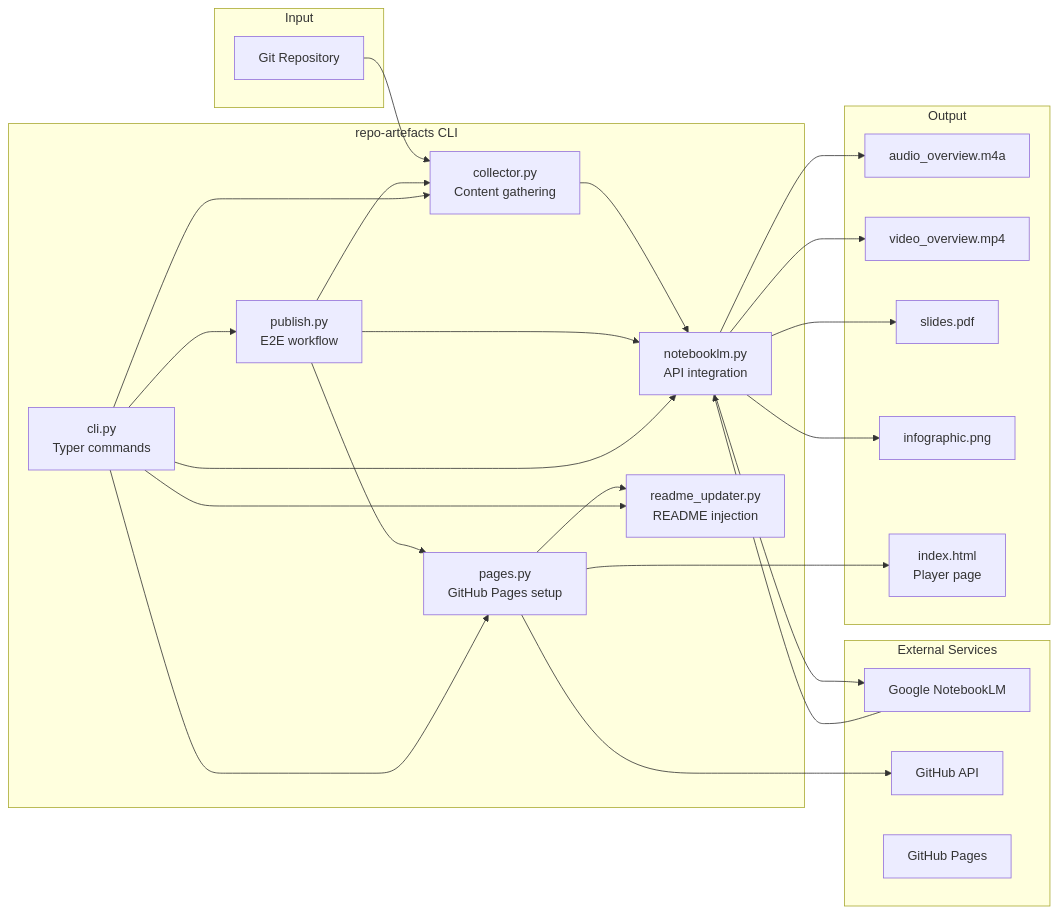
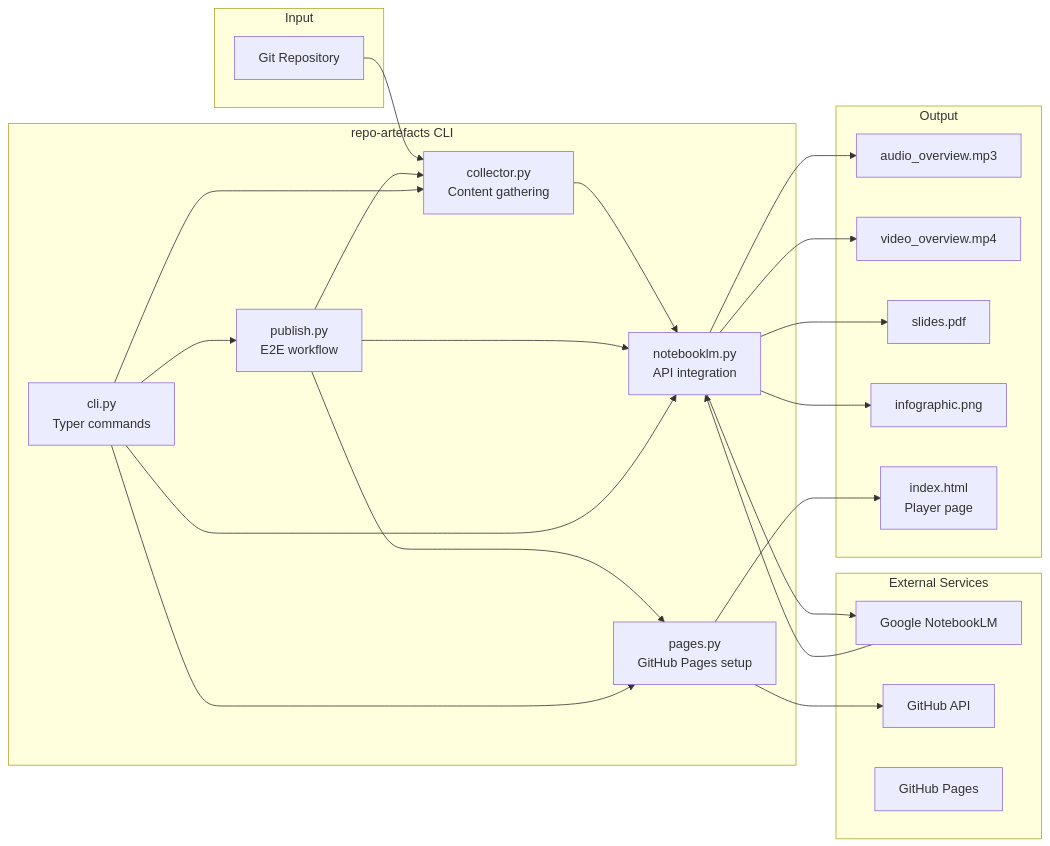
Before and after one commit to NetDevAutomate/notebooklm-repo-artefacts: the first of 7 diagrams in docs/codemap.md, drawn with Mermaid. The commit also changed other lines of this file and 29 other files, not shown here.

First line of the commit message:
refactor: code review remediation — 34 findings across security, packaging, docs, architecture

````diff
--- a/docs/codemap.md
+++ b/docs/codemap.md
@@ -9,40 +9,38 @@
 ```mermaid
 graph LR
     subgraph "Input"
         REPO[Git Repository]
     end
 
     subgraph "repo-artefacts CLI"
         CLI[cli.py<br/>Typer commands]
         COL[collector.py<br/>Content gathering]
         NLM[notebooklm.py<br/>API integration]
         PG[pages.py<br/>GitHub Pages setup]
         PUB[publish.py<br/>E2E workflow]
-        RU[readme_updater.py<br/>README injection]
     end
 
     subgraph "External Services"
         NLMAPI[Google NotebookLM]
         GHAPI[GitHub API]
         GHPAGES[GitHub Pages]
     end
 
     subgraph "Output"
-        AUDIO[audio_overview.m4a]
+        AUDIO[audio_overview.mp3]
         VIDEO[video_overview.mp4]
         SLIDES[slides.pdf]
         INFOG[infographic.png]
         HTML[index.html<br/>Player page]
     end
 
     REPO --> COL
     COL --> NLM
     NLM --> NLMAPI
     NLMAPI --> NLM
     NLM --> AUDIO & VIDEO & SLIDES & INFOG
     PG --> GHAPI
     PG --> HTML
-    PG --> RU
     PUB --> COL & NLM & PG
-    CLI --> COL & NLM & PG & PUB & RU
+    CLI --> COL & NLM & PG & PUB
 ```
````
